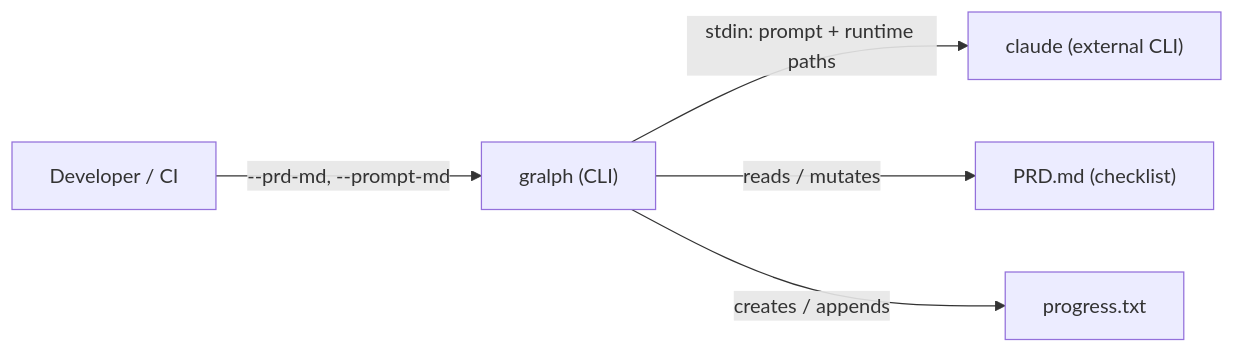
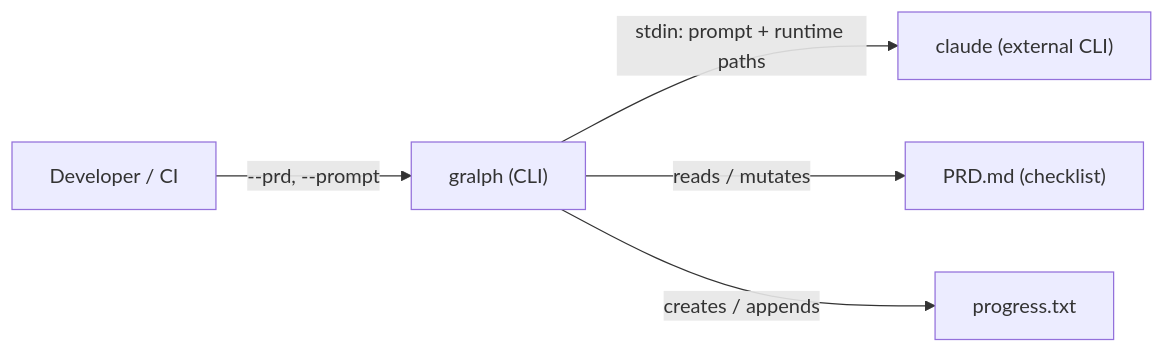
Before and after one commit to twistingmercury/gralph: the diagram in docs/architecture/00-overview.md, drawn with Mermaid. The commit also changed 10 other files, not shown here.

````diff
--- a/docs/architecture/00-overview.md
+++ b/docs/architecture/00-overview.md
@@ -21,7 +21,7 @@
 ```mermaid
 graph LR
-    Developer["Developer / CI"] -->|"--prd-md, --prompt-md"| Gralph["gralph (CLI)"]
+    Developer["Developer / CI"] -->|"--prd, --prompt"| Gralph["gralph (CLI)"]
     Gralph -->|"stdin: prompt + runtime paths"| Claude["claude (external CLI)"]
     Gralph -->|"reads / mutates"| PRD["PRD.md (checklist)"]
     Gralph -->|"creates / appends"| Progress["progress.txt"]
 ```
````
